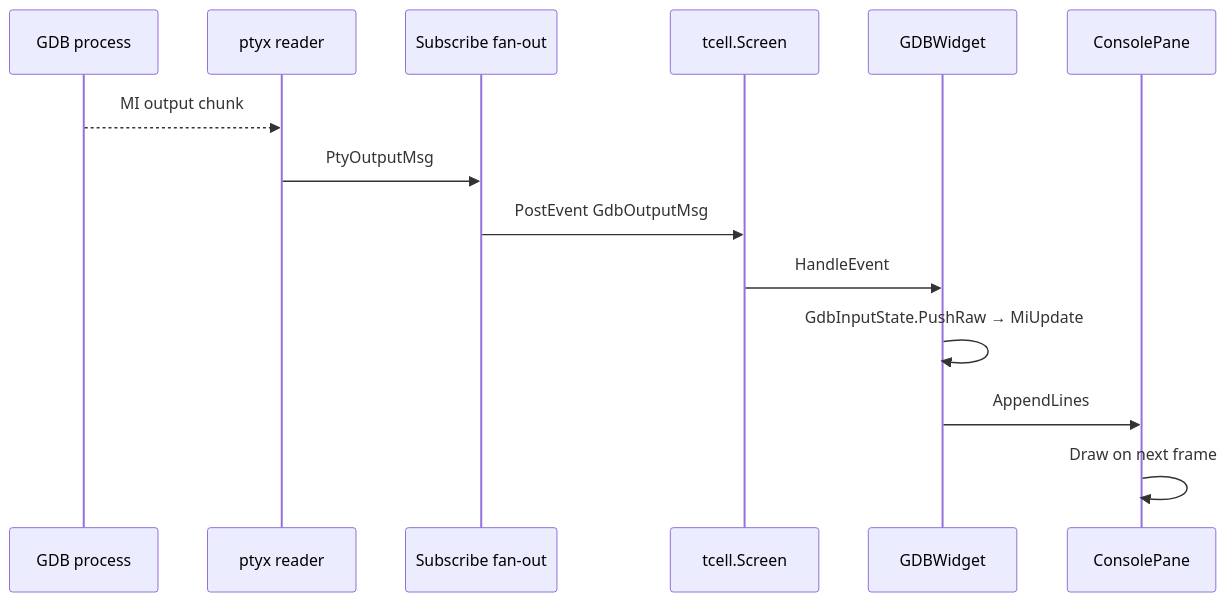
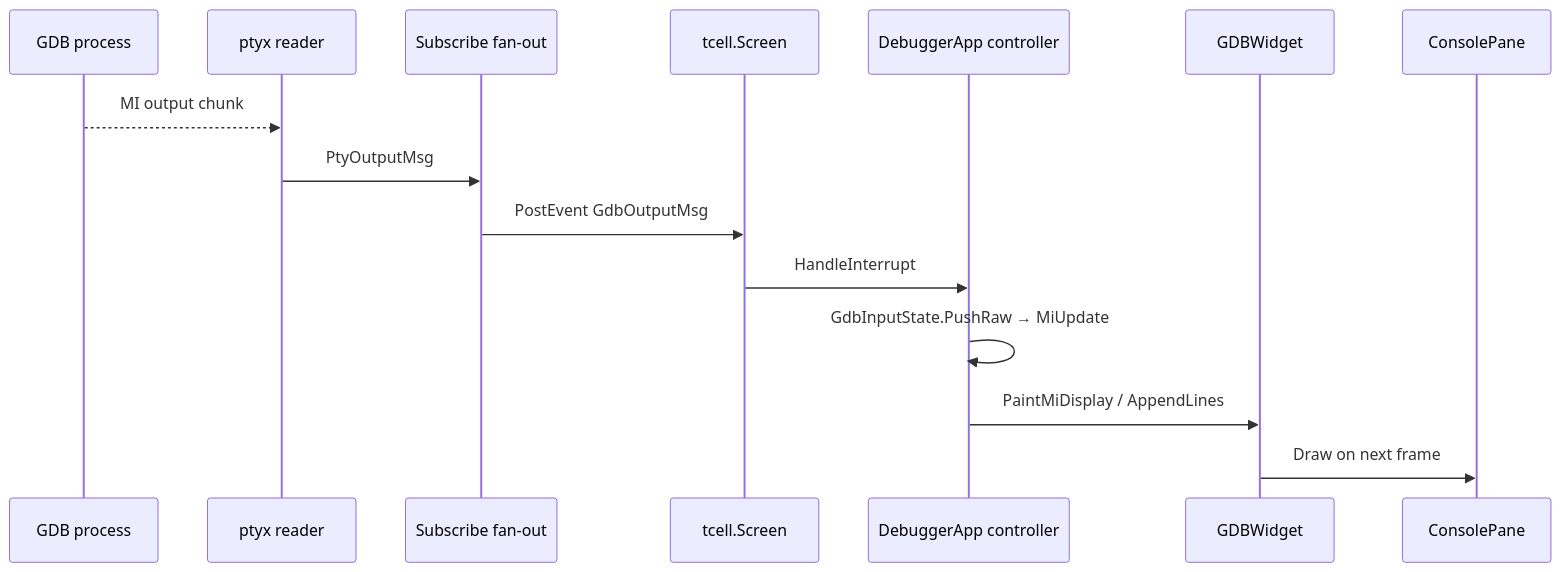
Before and after one commit to yairgd/gdbforge: the fourth of 7 diagrams in docs/ARCHITECTURE.md, drawn with Mermaid. The commit also changed other lines of this file and 37 other files, not shown here.

First line of the commit message:
Refactor remaining panes to MVC and document the architecture.

````diff
--- a/docs/ARCHITECTURE.md
+++ b/docs/ARCHITECTURE.md
@@ -474,17 +497,18 @@
 ```mermaid
 sequenceDiagram
     participant GDB as GDB process
     participant PTY as ptyx reader
     participant Fan as Subscribe fan-out
     participant Screen as tcell.Screen
+    participant Ctrl as DebuggerApp controller
     participant Widget as GDBWidget
     participant Cons as ConsolePane
 
     GDB-->>PTY: MI output chunk
     PTY->>Fan: PtyOutputMsg
     Fan->>Screen: PostEvent GdbOutputMsg
-    Screen->>Widget: HandleEvent
-    Widget->>Widget: GdbInputState.PushRaw → MiUpdate
-    Widget->>Cons: AppendLines
-    Cons->>Cons: Draw on next frame
+    Screen->>Ctrl: HandleInterrupt
+    Ctrl->>Ctrl: GdbInputState.PushRaw → MiUpdate
+    Ctrl->>Widget: PaintMiDisplay / AppendLines
+    Widget->>Cons: Draw on next frame
 ```
````
